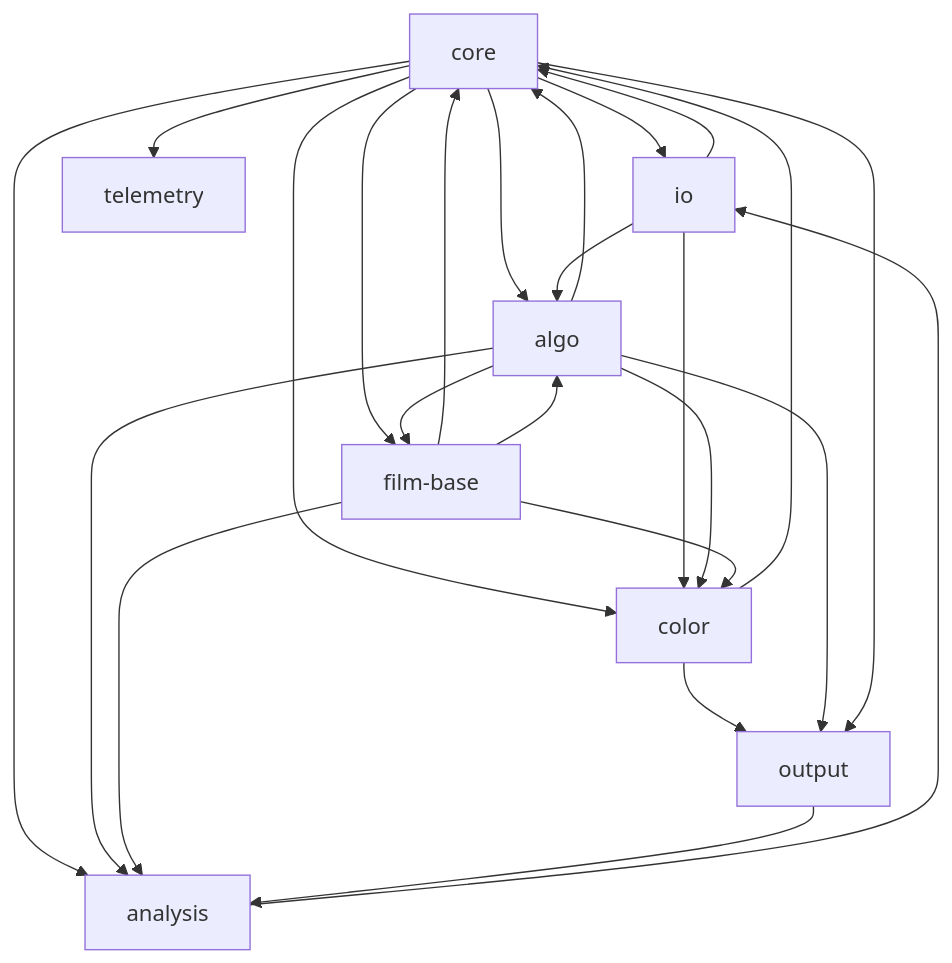
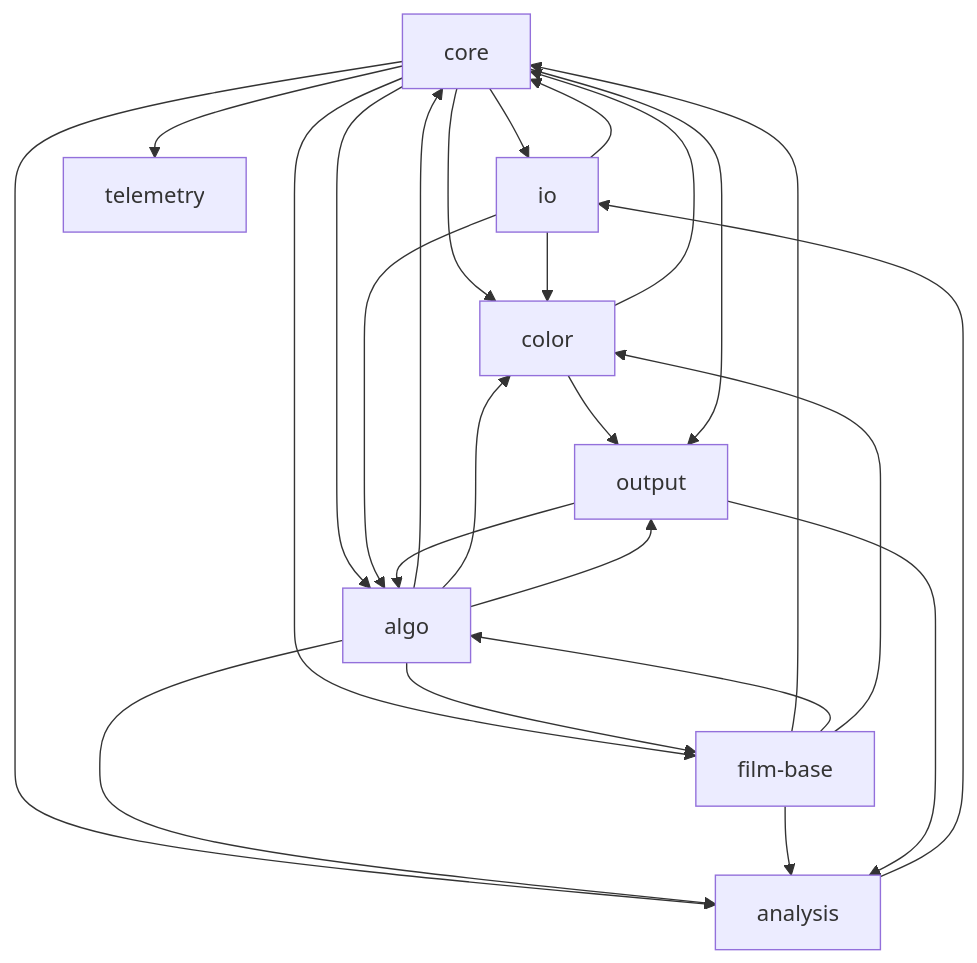
The first of 2 diagrams in docs/TASKS.md (lix42/negative-converter), drawn with Mermaid before and after one commit. The commit also changed other lines of this file and 2 other files, not shown here.

Commit message:
Fix sigmoid roadmap review findings

````diff
--- a/docs/TASKS.md
+++ b/docs/TASKS.md
@@ -86,34 +86,35 @@
 ```mermaid
 graph TD
   core
   io
   film-base
   algo
   color
   output
   telemetry
   analysis
   core --> io
   core --> color
   core --> film-base
   core --> algo
   io --> core
   color --> core
   film-base --> core
   algo --> core
   analysis --> io
   core --> analysis
   core --> telemetry
   algo --> analysis
   film-base --> analysis
   algo --> film-base
   io --> color
   io --> algo
   film-base --> algo
   algo --> color
   film-base --> color
   color --> output
   algo --> output
   core --> output
+  output --> algo
   output --> analysis
 ```
````
